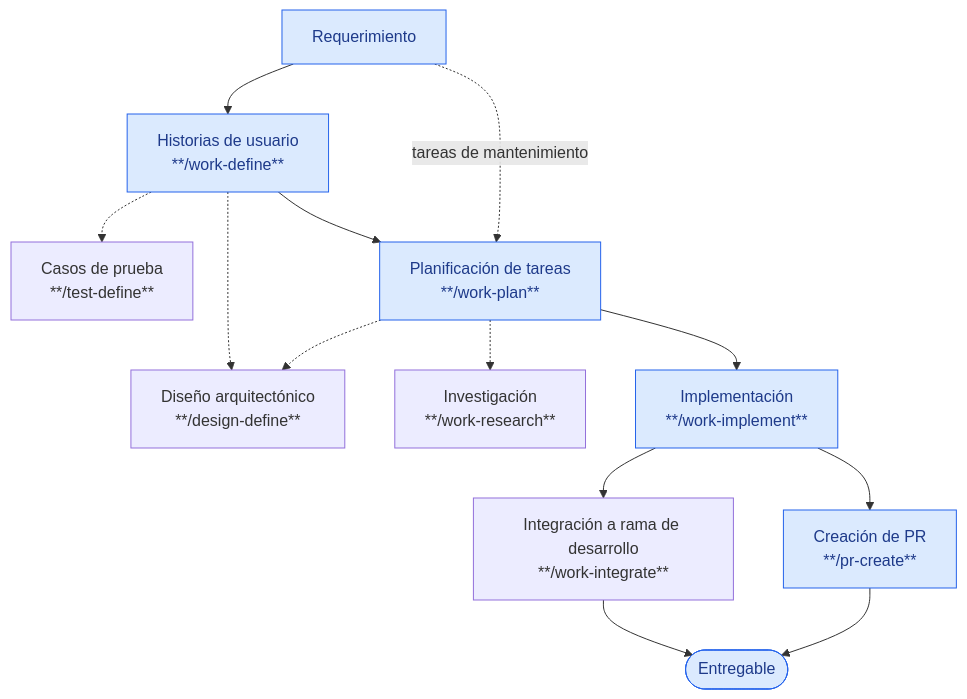
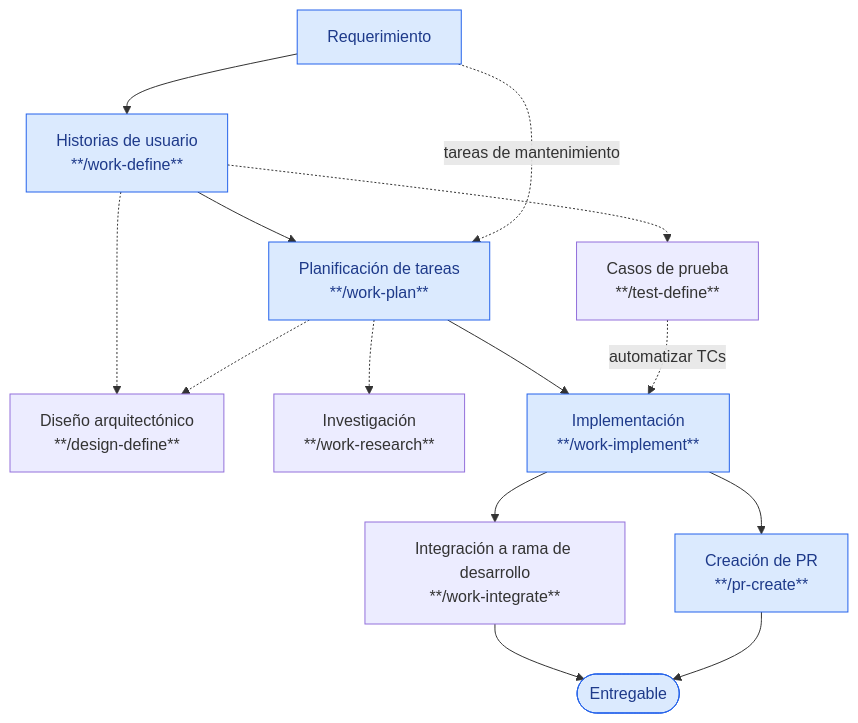
Before and after one commit to juanca202/ai: the second of 3 diagrams in README.md, drawn with Mermaid. The commit also changed other lines of this file and 1 other file, not shown here.

````diff
--- a/README.md
+++ b/README.md
@@ -114,18 +114,19 @@
 ```mermaid
 flowchart TD
     A[Requerimiento] --> B["Historias de usuario<br/>**/work-define**"]
     B -.-> C["Casos de prueba<br/>**/test-define**"]
     B -.-> D["Diseño arquitectónico<br/>**/design-define**"]
     B --> E["Planificación de tareas<br/>**/work-plan**"]
     A -.->|tareas de mantenimiento| E
     E -.-> F["Investigación<br/>**/work-research**"]
     E -.-> D
     E --> G["Implementación<br/>**/work-implement**"]
+    C -.->|automatizar TCs| G
     G --> H["Integración a rama de desarrollo<br/>**/work-integrate**"]
     G --> I["Creación de PR<br/>**/pr-create**"]
     H --> J(["Entregable"])
     I --> J
 
     classDef main fill:#dbeafe,stroke:#2563eb,color:#1e3a8a
     class A,B,E,G,I,J main
 ```
````
